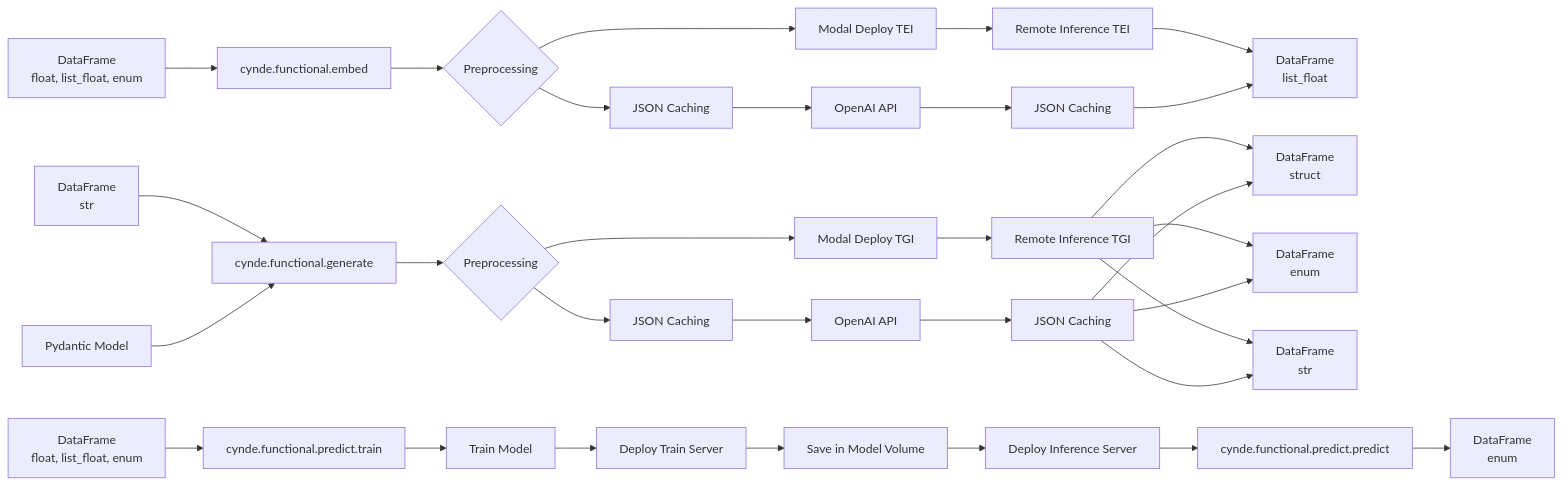
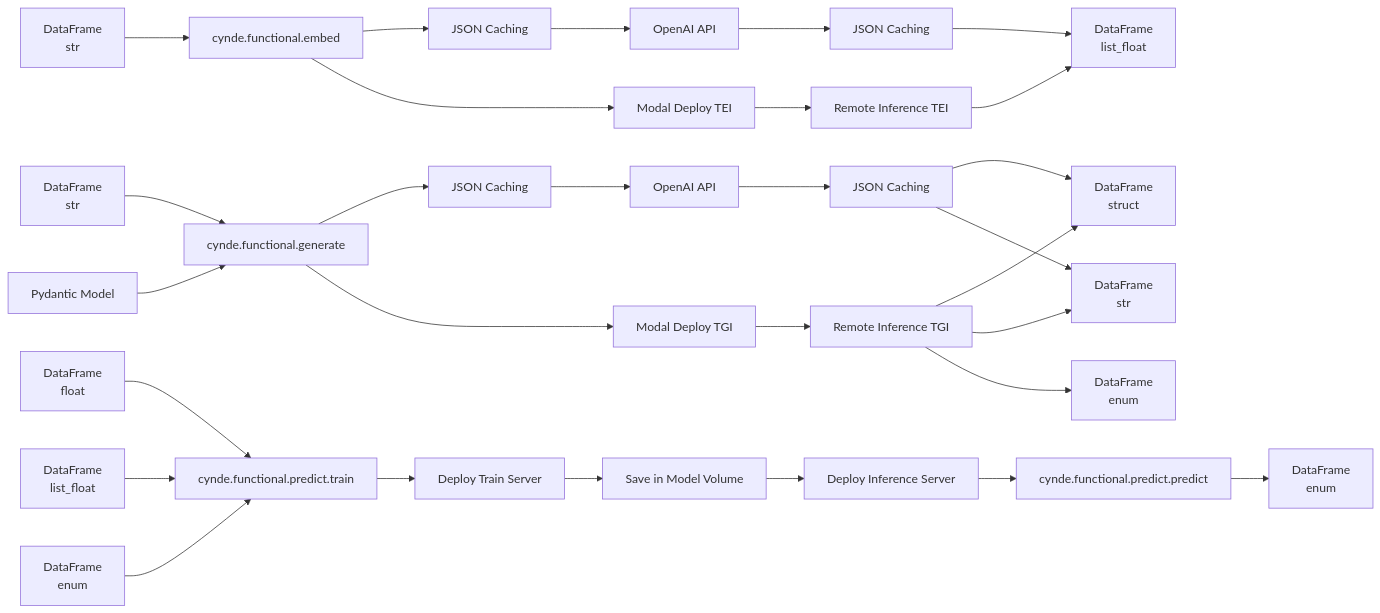
One commit to Neural-Dragon-AI/Cynde changed the diagram in drawings.md. Above: the diagram before and after it, drawn with Mermaid. The commit also changed other lines of this file, not shown here.

````diff
--- a/drawings.md
+++ b/drawings.md
@@ -3,37 +3,35 @@
 ```mermaid
 graph LR
-    A[DataFrame<br>float, list_float, enum] --> B[cynde.functional.embed]
+    A[DataFrame<br>str] --> B[cynde.functional.embed]
     C[DataFrame<br>str] --> D[cynde.functional.generate]
-    E[DataFrame<br>float, list_float, enum] --> F[cynde.functional.predict.train]
+    E[DataFrame<br>float] --> F[cynde.functional.predict.train]
+    G[DataFrame<br>list_float] --> F
+    I[DataFrame<br>enum] --> F
 
-    H[Pydantic Model] --> D
+    J[Pydantic Model] --> D
 
-    B --> I{Preprocessing}
-    I --> J[JSON Caching]
-    I --> K[Modal Deploy TEI]
-    J --> L[OpenAI API]
-    K --> M[Remote Inference TEI]
-    L --> N[JSON Caching]
-    M --> O[DataFrame<br>list_float]
-    N --> O
+    B --> K[JSON Caching]
+    B --> L[Modal Deploy TEI]
+    K --> M[OpenAI API]
+    L --> N[Remote Inference TEI]
+    M --> O[JSON Caching]
+    N --> P[DataFrame<br>list_float]
+    O --> P
 
-    D --> P{Preprocessing}
-    P --> Q[JSON Caching]
-    P --> R[Modal Deploy TGI]
+    D --> Q[JSON Caching]
+    D --> R[Modal Deploy TGI]
     Q --> S[OpenAI API]
     R --> T[Remote Inference TGI]
     S --> U[JSON Caching]
     T --> V[DataFrame<br>struct]
-    T --> W[DataFrame<br>enum]
-    T --> X[DataFrame<br>str]
+    T --> W[DataFrame<br>str]
     U --> V
     U --> W
-    U --> X
 
-    F --> Y[Train Model]
-    Y --> Z[Deploy Train Server]
-    Z --> AA[Save in Model Volume]
-    AA --> AB[Deploy Inference Server]
-    AB --> AC[cynde.functional.predict.predict]
-    AC --> AD[DataFrame<br>enum]
+    F --> X[Deploy Train Server]
+    X --> Y[Save in Model Volume]
+    Y --> Z[Deploy Inference Server]
+    Z --> AA[cynde.functional.predict.predict]
+    AA --> AB[DataFrame<br>enum]
+    T --> AC[DataFrame<br>enum]
 ```
````
